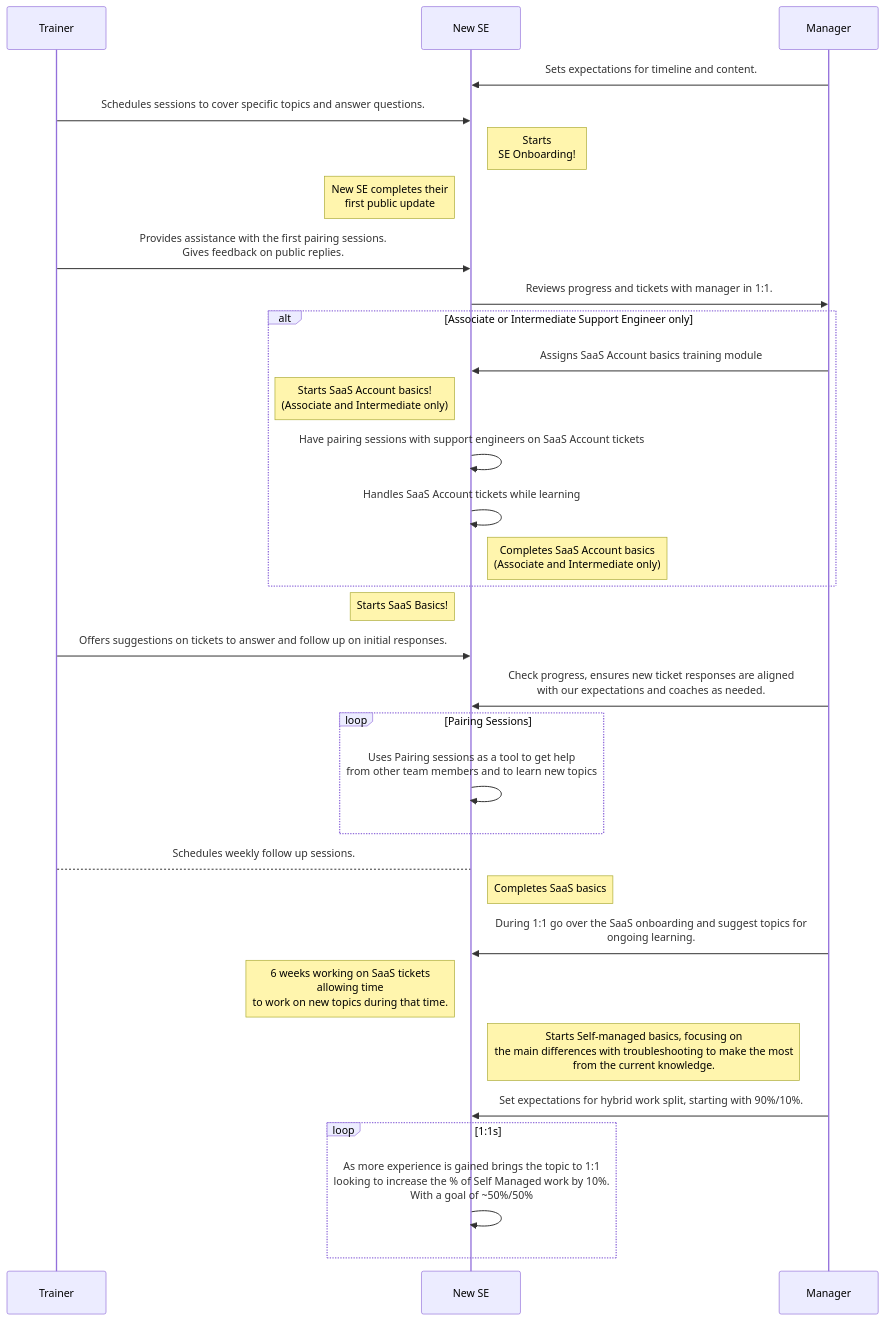
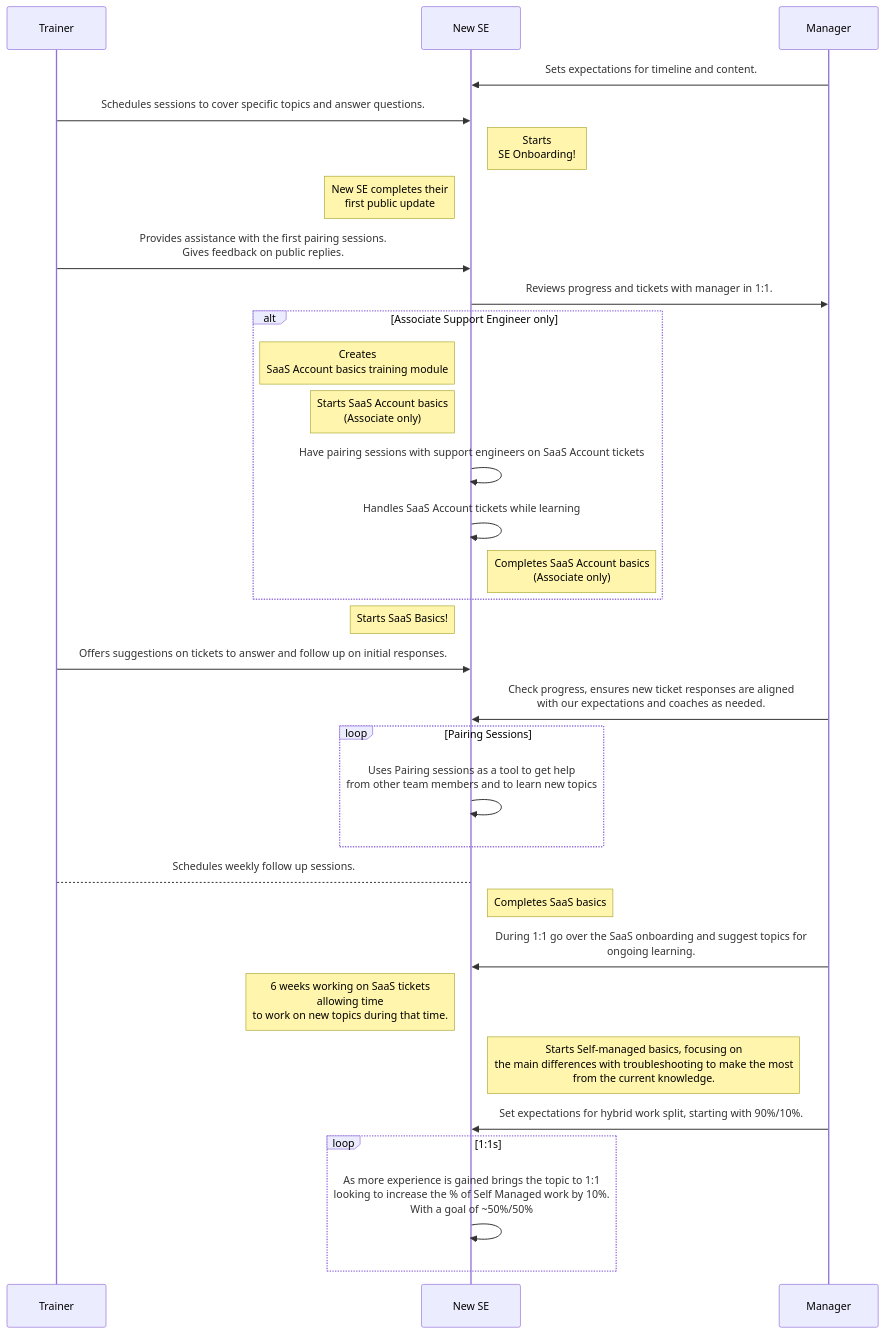
The diagram in content/handbook/support/training/_index.md (zalyoung/gitlab-handbook), drawn with Mermaid before and after one commit.

Commit message:
Tweaks to mermaid diagram

````diff
--- a/content/handbook/support/training/_index.md
+++ b/content/handbook/support/training/_index.md
@@ -26,43 +26,43 @@
 ```mermaid
 sequenceDiagram
     participant Trainer
     participant New SE
     participant Manager
 
     Manager->>New SE: Sets expectations for timeline and content.
     Trainer->>New SE: Schedules sessions to cover specific topics and answer questions.
     Note right of New SE: Starts <br/>SE Onboarding!
     Note left of New SE: New SE completes their <br/>first public update
     Trainer->>New SE: Provides assistance with the first pairing sessions.<br/>Gives feedback on public replies.
     New SE->>Manager: Reviews progress and tickets with manager in 1:1.
     
-    alt Associate or Intermediate Support Engineer only
-        Manager->>New SE: Assigns SaaS Account basics training module
-        Note left of New SE: Starts SaaS Account basics!<br/>(Associate and Intermediate only)
+    alt Associate Support Engineer only
+        Note left of New SE: Creates<br>SaaS Account basics training module
+        Note left of New SE: Starts SaaS Account basics<br/>(Associate only)
         New SE->>New SE: Have pairing sessions with support engineers on SaaS Account tickets
         New SE->>New SE: Handles SaaS Account tickets while learning
-        Note right of New SE: Completes SaaS Account basics<br/>(Associate and Intermediate only)
+        Note right of New SE: Completes SaaS Account basics<br/>(Associate only)
     end
     
     Note left of New SE: Starts SaaS Basics!
     Trainer->>New SE: Offers suggestions on tickets to answer and follow up on initial responses.
 
     Manager->>New SE: Check progress, ensures new ticket responses are aligned<br/> with our expectations and coaches as needed.
 
     loop Pairing Sessions
         New SE->>New SE: Uses Pairing sessions as a tool to get help<br/>from other team members and to learn new topics
     end
 
     Trainer-->New SE: Schedules weekly follow up sessions.
 
     Note right of New SE: Completes SaaS basics
     Manager->>New SE: During 1:1 go over the SaaS onboarding and suggest topics for<br/>ongoing learning.
     Note left of New SE: 6 weeks working on SaaS tickets<br/>allowing time<br/> to work on new topics during that time.
     Note right of New SE: Starts Self-managed basics, focusing on <br/> the main differences with troubleshooting to make the most <br/> from the current  knowledge.
 
     Manager->>New SE: Set expectations for hybrid work split, starting with 90%/10%.
 
     loop 1:1s
         New SE->>New SE: As more experience is gained brings the topic to 1:1<br/>looking to increase the % of Self Managed work by 10%.<br/>With a goal of ~50%/50%
     end
 ```
````
